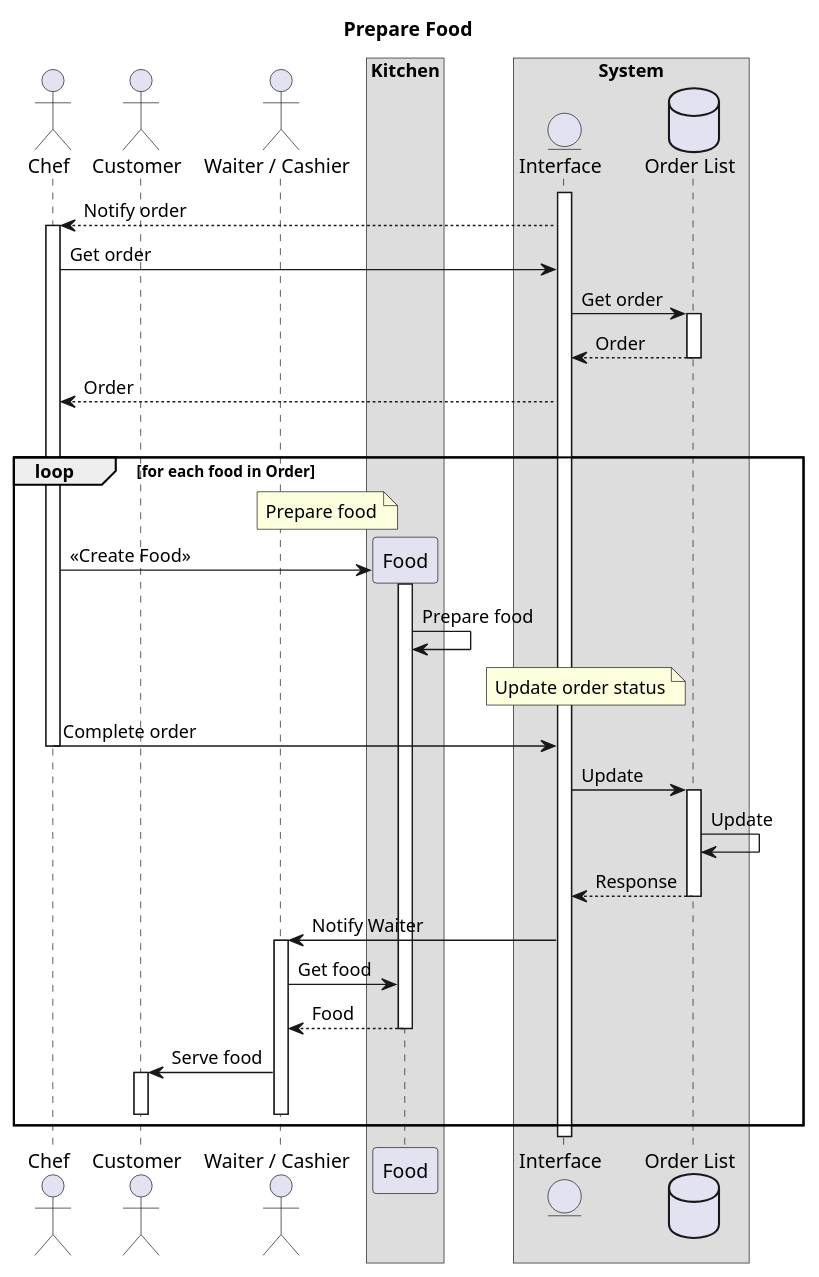
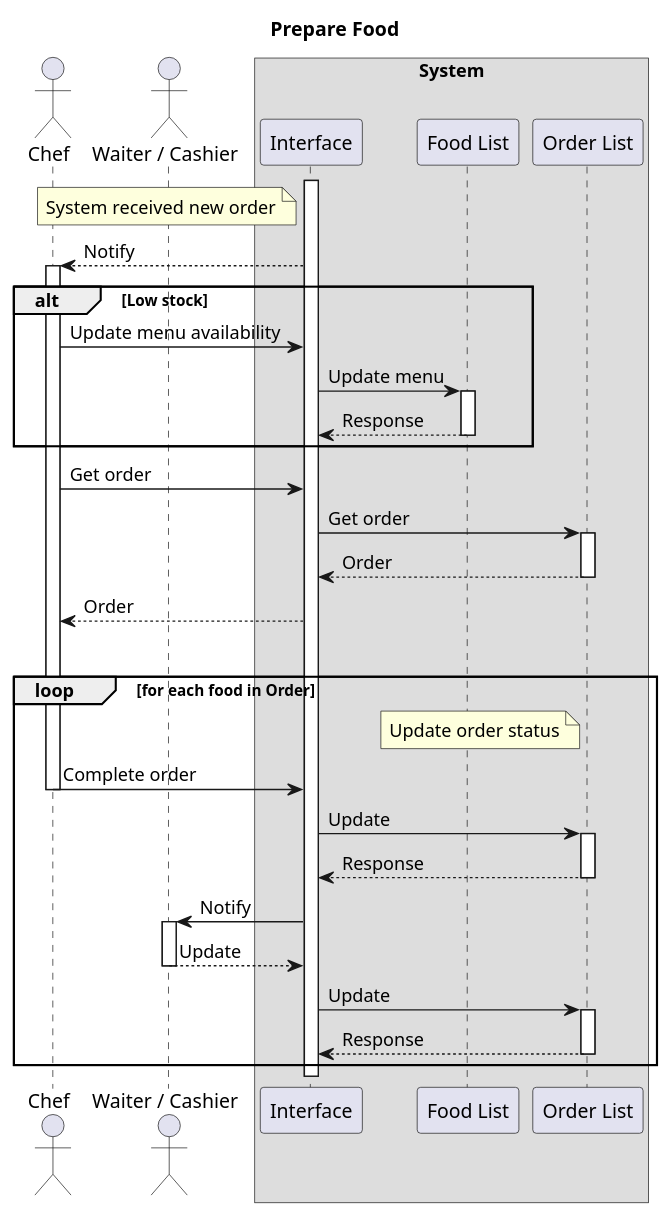
The diagram in c3113/project/prepare_food.pu (Alomory/educational), drawn with PlantUML before and after one commit. The commit also changed 1 other file, not shown here.

Commit message:
Update prepare_food

```diff
--- a/c3113/project/prepare_food.pu
+++ b/c3113/project/prepare_food.pu
@@ -1,47 +1,40 @@
 @startuml Prepare Food
 
 title Prepare Food
 
 actor Chef
-actor Customer
 actor "Waiter / Cashier" as Useless
-box Kitchen
-    participant Food
-end box
 box System
-    entity Interface
-    database "Order List" as Orders
+    participant Interface
+    participant "Food List" as Foods
+    participant "Order List" as Orders
 end box
 
+note left Interface: System received new order
 activate Interface
-Interface --> Chef ++ : Notify order 
+Interface --> Chef ++ : Notify  
+alt Low stock
+    Chef -> Interface: Update menu availability 
+    Interface -> Foods ++ : Update menu
+    return Response
+end
 Chef -> Interface: Get order
 Interface -> Orders ++ : Get order
 return Order
 Interface --> Chef: Order
 
 |||
 
 loop for each food in Order
-    note left Food: Prepare food
-    Chef -> Food ** : <<Create Food>>
-    activate Food
-    Food -> Food: Prepare food
-
     note left Orders: Update order status
     Chef -> Interface -- : Complete order
     Interface -> Orders ++ : Update
-    Orders -> Orders: Update
     return Response
 
-    Interface -> Useless ++ : Notify Waiter
-
-    Useless -> Food: Get food
-    Food --> Useless -- : Food
-
-    Useless -> Customer ++ : Serve food
-    deactivate Useless
-    deactivate Customer
+    Interface -> Useless ++ : Notify
+    Return Update
+    Interface -> Orders ++ : Update
+    return Response
 end
 
 @enduml
```
